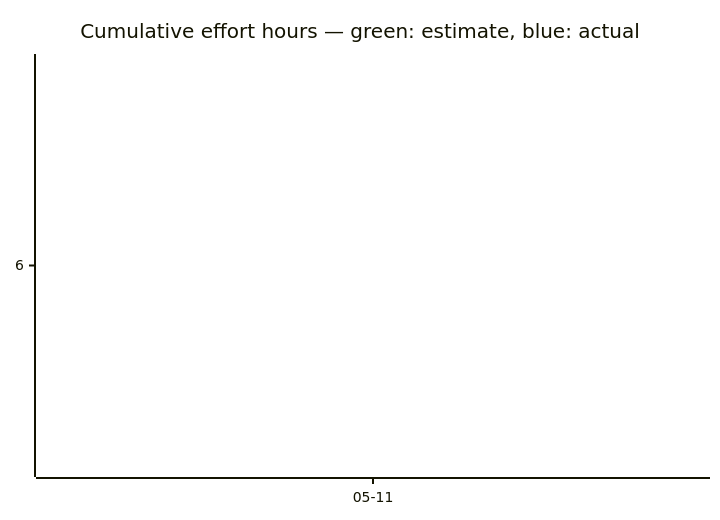
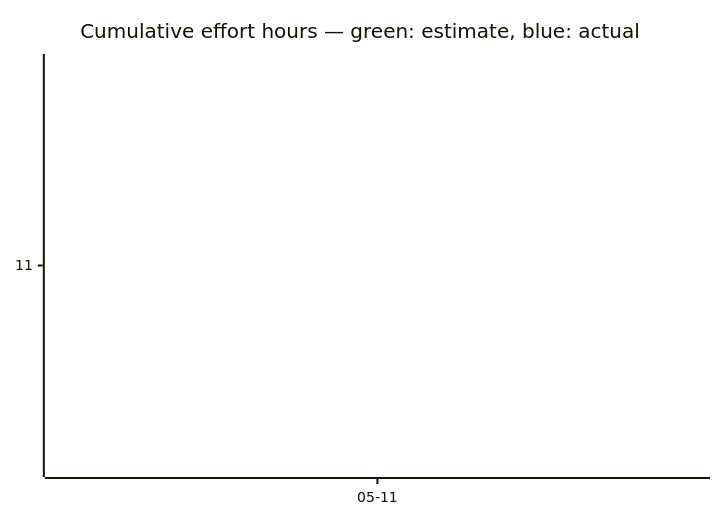
The third of 3 diagrams in docs/developers/tasks/OVERVIEW.md (tgd1975/AwesomeGuitarPedal), drawn with Mermaid before and after one commit. The commit also changed other lines of this file and 6 other files, not shown here.

````diff
--- a/docs/developers/tasks/OVERVIEW.md
+++ b/docs/developers/tasks/OVERVIEW.md
@@ -40,7 +40,7 @@
 ```mermaid
 xychart-beta
     title "Cumulative effort hours — green: estimate, blue: actual"
     x-axis ["05-11"]
-    line [6]
-    line [6]
+    line [11]
+    line [11]
 ```
````
